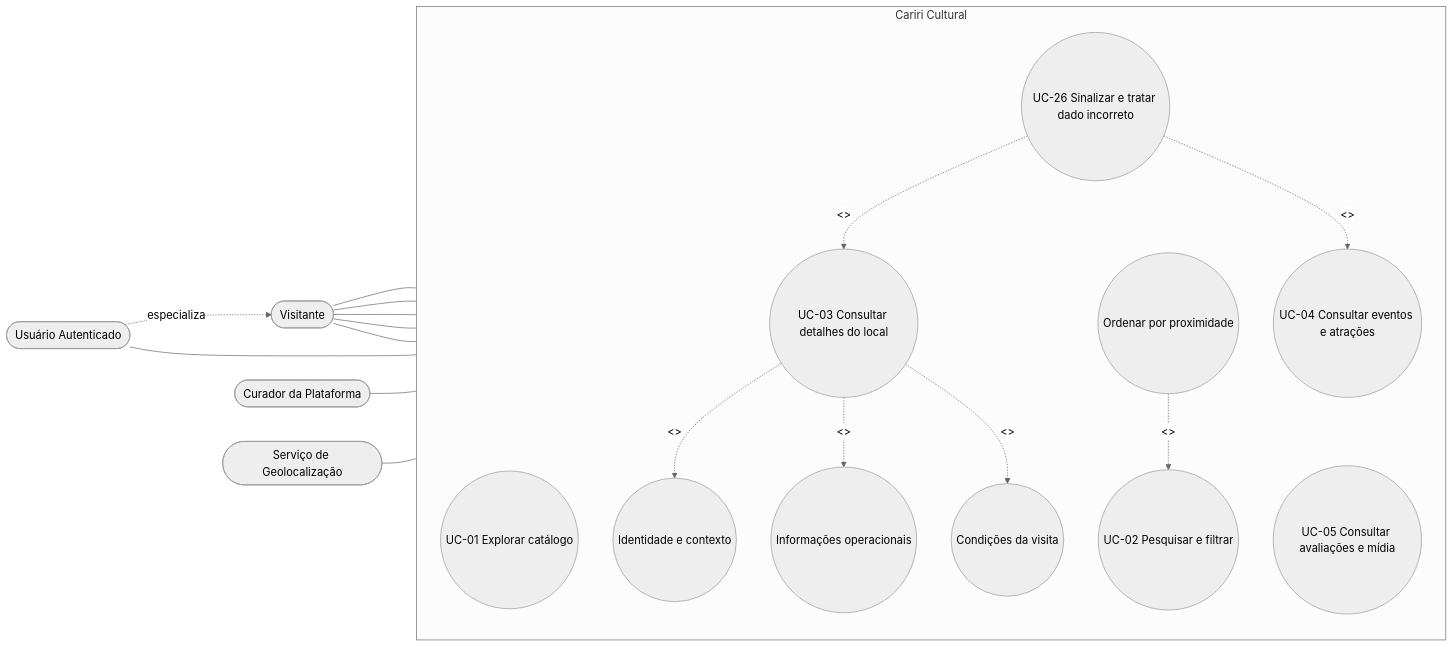
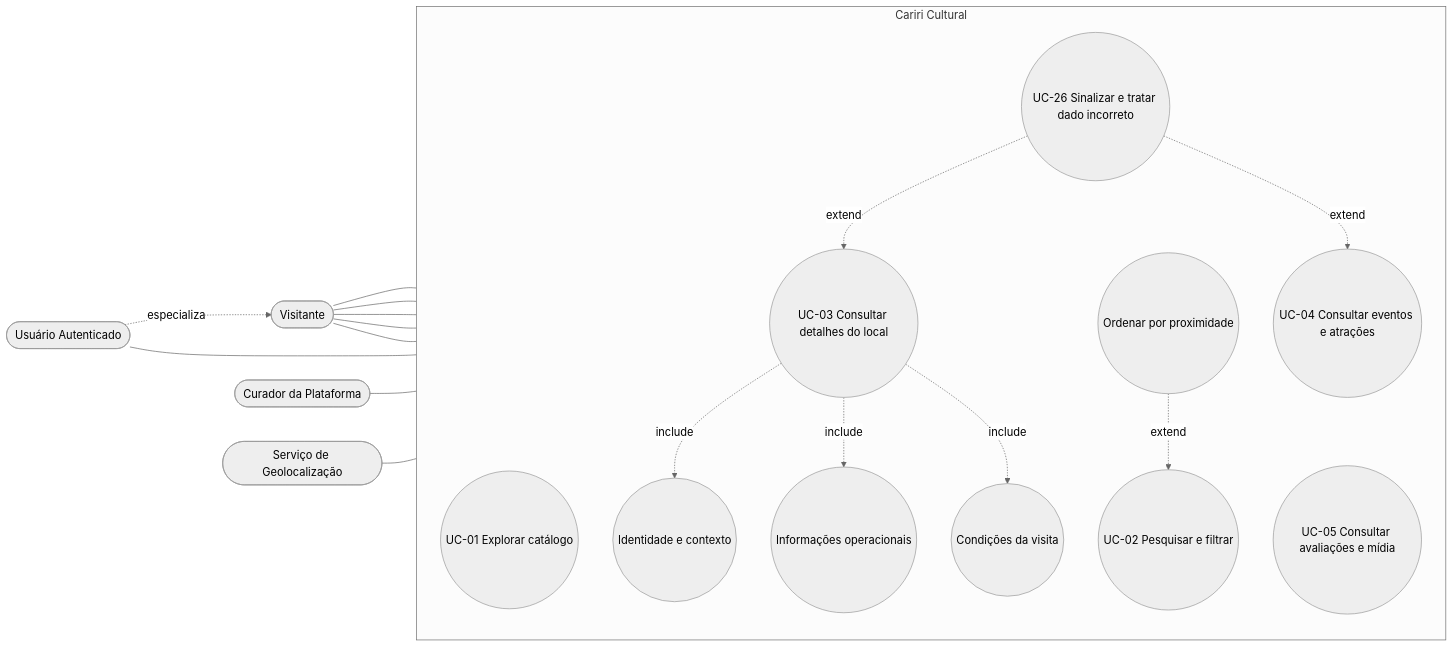
Before and after one commit to alan-mendes-ufca/CaririCultural: the second of 5 diagrams in home/user-cases/use-cases-diagram.md, drawn with Mermaid (neutral theme). The commit also changed other lines of this file, not shown here.

Commit message:
fix `use-cases-diagram` relationships

````diff
--- a/home/user-cases/use-cases-diagram.md
+++ b/home/user-cases/use-cases-diagram.md
@@ -57,44 +57,44 @@
 ```mermaid
 flowchart LR
     %% Atores
     V([Visitante])
     U([Usuário Autenticado])
     CUR([Curador da Plataforma])
     GEO([Serviço de Geolocalização])
 
     %% Fronteira
     subgraph CC [Cariri Cultural]
         direction TB
         UC01((UC-01 Explorar catálogo))
         UC02((UC-02 Pesquisar e filtrar))
         UC03((UC-03 Consultar detalhes do local))
         UC04((UC-04 Consultar eventos e atrações))
         UC05((UC-05 Consultar avaliações e mídia))
         UC26((UC-26 Sinalizar e tratar dado incorreto))
 
         %% Includes do UC-03
         UC03A((Identidade e contexto))
         UC03B((Informações operacionais))
         UC03C((Condições da visita))
 
         %% Extends
         PROX((Ordenar por proximidade))
     end
 
     %% Relações Ator -> Caso de Uso
     V --- UC01 & UC02 & UC03 & UC04 & UC05
     U --- UC26
     CUR --- UC26
     U -.->|especializa| V
 
     %% Relações Include / Extend
-    UC03 -.->|"<<include>>"| UC03A
-    UC03 -.->|"<<include>>"| UC03B
-    UC03 -.->|"<<include>>"| UC03C
+    UC03 -.->|include| UC03A
+    UC03 -.->|include| UC03B
+    UC03 -.->|include| UC03C
 
-    PROX -.->|"<<extend>>"| UC02
+    PROX -.->|extend| UC02
     GEO --- PROX
 
-    UC26 -.->|"<<extend>>"| UC03
-    UC26 -.->|"<<extend>>"| UC04
+    UC26 -.->|extend| UC03
+    UC26 -.->|extend| UC04
 ```
````
